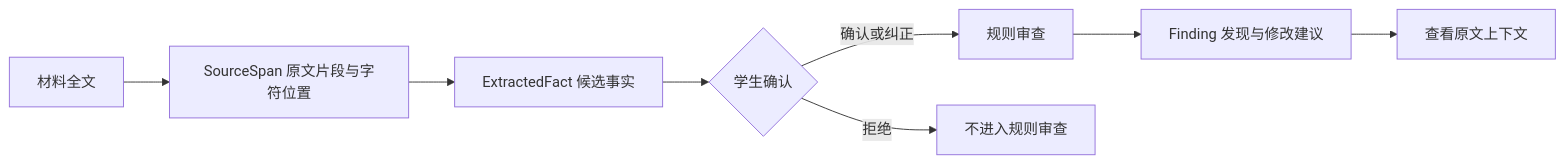
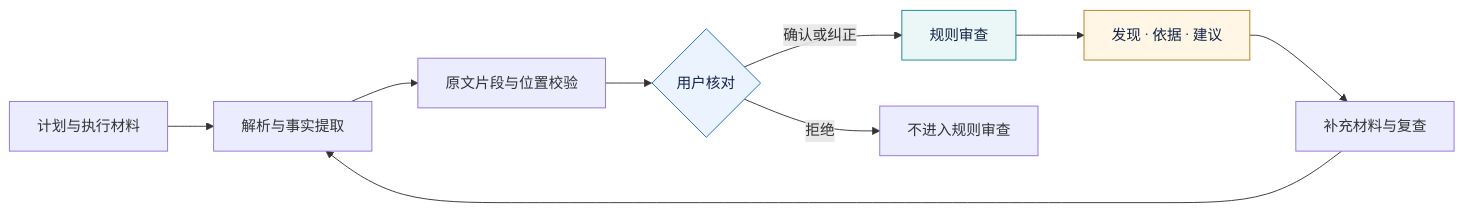
One commit to lWinsonl/Yanzheng-ExperimentGuard changed the diagram in README.md. Above: the diagram before and after it, drawn with Mermaid. The commit also changed other lines of this file and 4 other files, not shown here.

````diff
--- a/README.md
+++ b/README.md
@@ -33,10 +102,14 @@
 ```mermaid
 flowchart LR
-    A[材料全文] --> B[SourceSpan 原文片段与字符位置]
-    B --> C[ExtractedFact 候选事实]
-    C --> D{学生确认}
+    A[计划与执行材料] --> B[解析与事实提取]
+    B --> C[原文片段与位置校验]
+    C --> D{用户核对}
     D -->|确认或纠正| E[规则审查]
     D -->|拒绝| F[不进入规则审查]
-    E --> G[Finding 发现与修改建议]
-    G --> H[查看原文上下文]
+    E --> G[发现 · 依据 · 建议]
+    G --> H[补充材料与复查]
+    H --> B
+    style D fill:#eaf3ff,stroke:#1765cc,color:#122447
+    style E fill:#eaf7f6,stroke:#11858b,color:#122447
+    style G fill:#fff6e6,stroke:#b67a18,color:#122447
 ```
````
